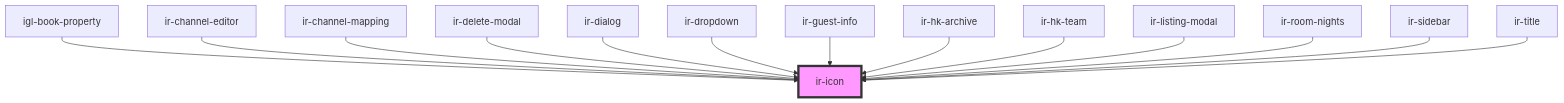
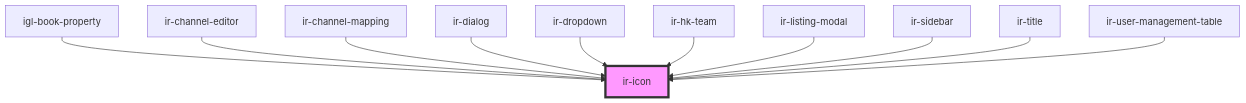
The diagram in src/components/ui/ir-icon/readme.md (RonyRizk/ir-webcmp), drawn with Mermaid before and after one commit. The commit also changed other lines of this file and 293 other files, not shown here.

````diff
--- a/src/components/ui/ir-icon/readme.md
+++ b/src/components/ui/ir-icon/readme.md
@@ -41,17 +39,14 @@
 ```mermaid
 graph TD;
   igl-book-property --> ir-icon
   ir-channel-editor --> ir-icon
   ir-channel-mapping --> ir-icon
-  ir-delete-modal --> ir-icon
   ir-dialog --> ir-icon
   ir-dropdown --> ir-icon
-  ir-guest-info --> ir-icon
-  ir-hk-archive --> ir-icon
   ir-hk-team --> ir-icon
   ir-listing-modal --> ir-icon
-  ir-room-nights --> ir-icon
   ir-sidebar --> ir-icon
   ir-title --> ir-icon
+  ir-user-management-table --> ir-icon
   style ir-icon fill:#f9f,stroke:#333,stroke-width:4px
 ```
````
